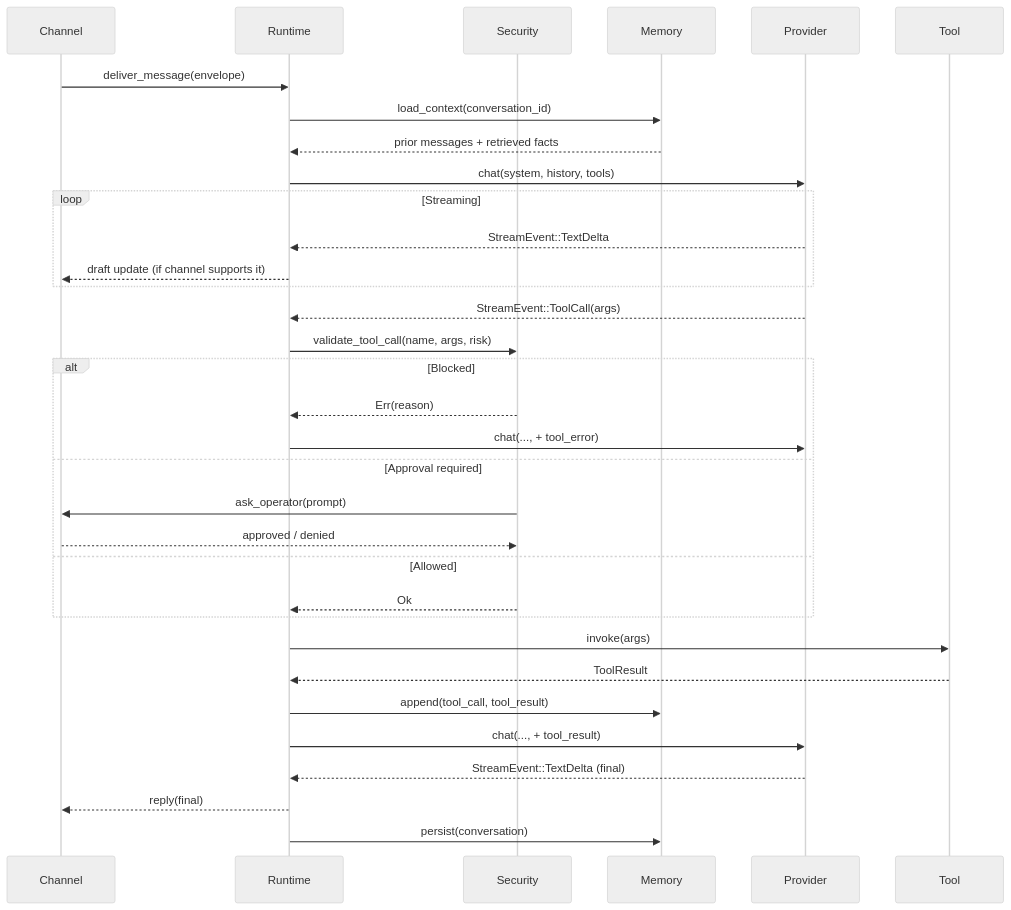
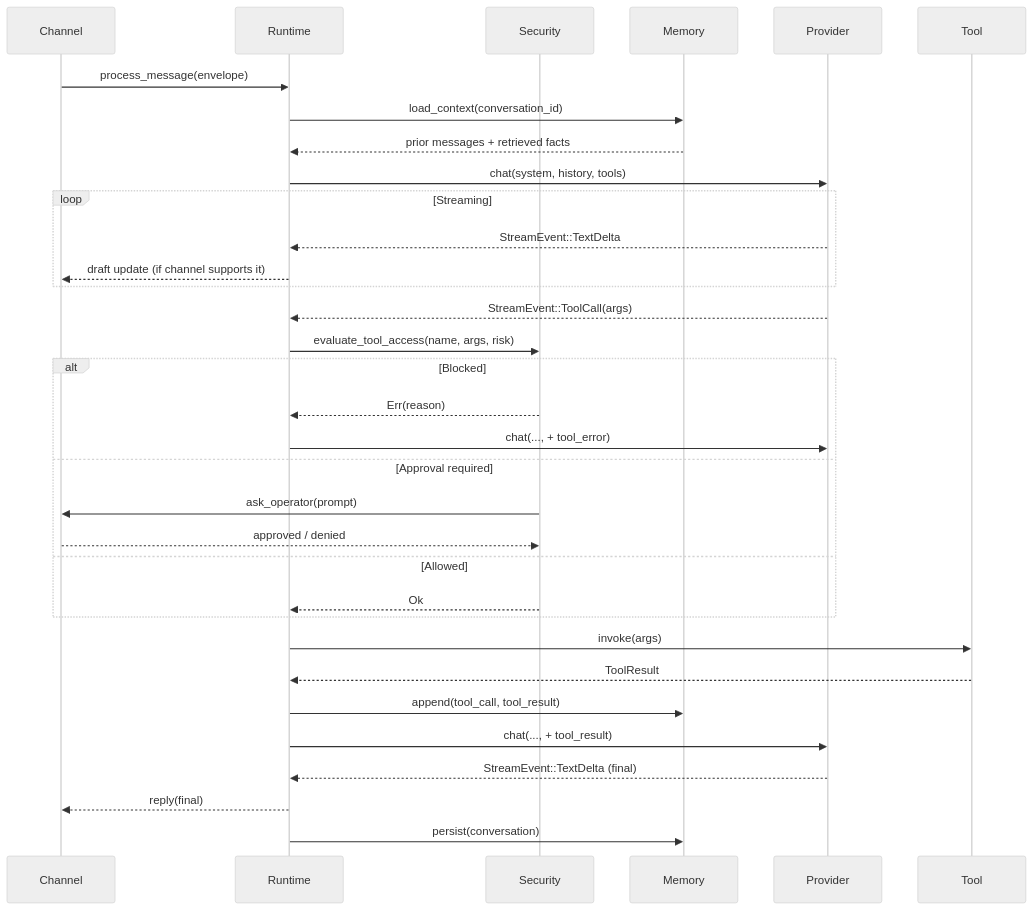
Before and after one commit to zeroclaw-labs/zeroclaw: the second of 2 diagrams in docs/book/src/architecture/request-lifecycle.md, drawn with Mermaid (neutral theme). The commit also changed other lines of this file and 4 other files, not shown here.

````diff
--- a/docs/book/src/architecture/request-lifecycle.md
+++ b/docs/book/src/architecture/request-lifecycle.md
@@ -24,36 +24,36 @@
 ```mermaid
 sequenceDiagram
     participant CH as Channel
     participant RT as Runtime
     participant SEC as Security
     participant MEM as Memory
     participant PR as Provider
     participant TL as Tool
 
-    CH->>RT: deliver_message(envelope)
+    CH->>RT: process_message(envelope)
     RT->>MEM: load_context(conversation_id)
     MEM-->>RT: prior messages + retrieved facts
     RT->>PR: chat(system, history, tools)
     loop Streaming
         PR-->>RT: StreamEvent::TextDelta
         RT-->>CH: draft update (if channel supports it)
     end
     PR-->>RT: StreamEvent::ToolCall(args)
-    RT->>SEC: validate_tool_call(name, args, risk)
+    RT->>SEC: evaluate_tool_access(name, args, risk)
     alt Blocked
         SEC-->>RT: Err(reason)
         RT->>PR: chat(..., + tool_error)
     else Approval required
         SEC->>CH: ask_operator(prompt)
         CH-->>SEC: approved / denied
     else Allowed
         SEC-->>RT: Ok
     end
     RT->>TL: invoke(args)
     TL-->>RT: ToolResult
     RT->>MEM: append(tool_call, tool_result)
     RT->>PR: chat(..., + tool_result)
     PR-->>RT: StreamEvent::TextDelta (final)
     RT-->>CH: reply(final)
     RT->>MEM: persist(conversation)
 ```
````
